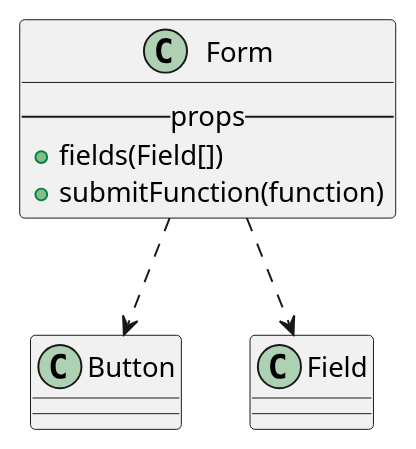
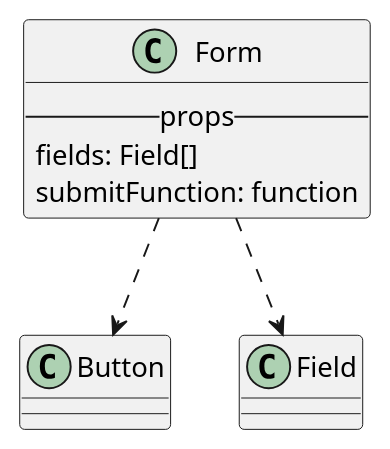
Before and after one commit to M9k/Marvin-Uml: the diagram in react/custom/form.iuml, drawn with PlantUML. The commit also changed 15 other files, not shown here.

```diff
--- a/react/custom/form.iuml
+++ b/react/custom/form.iuml
@@ -1,7 +1,7 @@
 class Form{
     --props--
-        + fields(Field[])
-        + submitFunction(function)
+        fields: Field[]
+        submitFunction: function
 }
 Form ..> Button
 Form ..> Field
```
